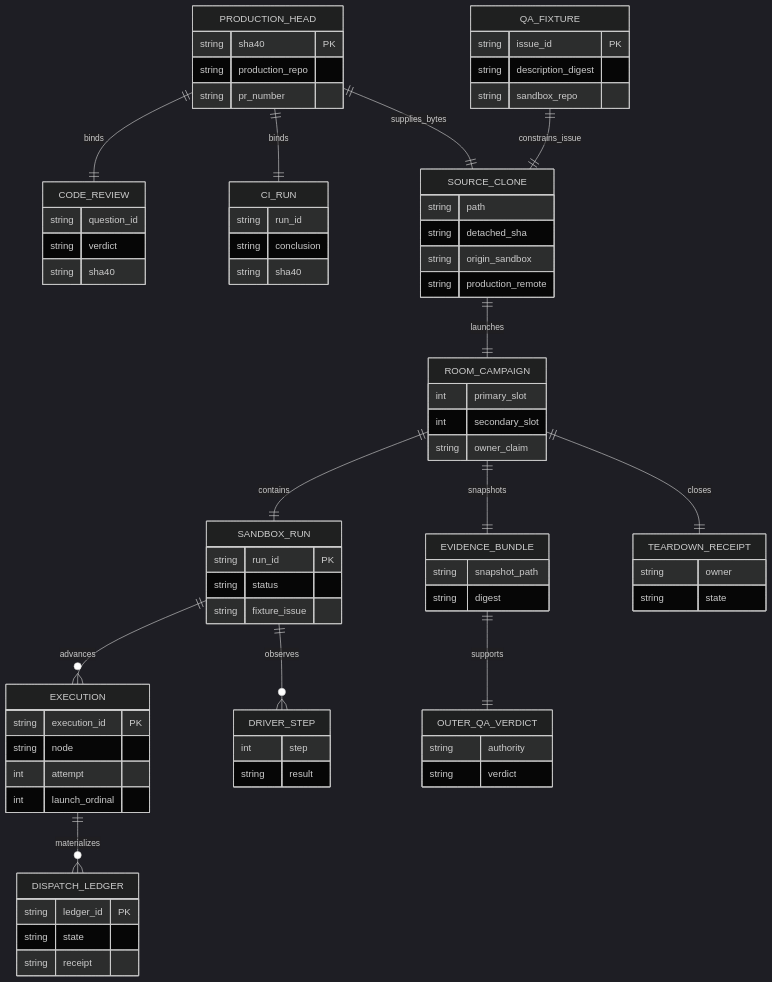
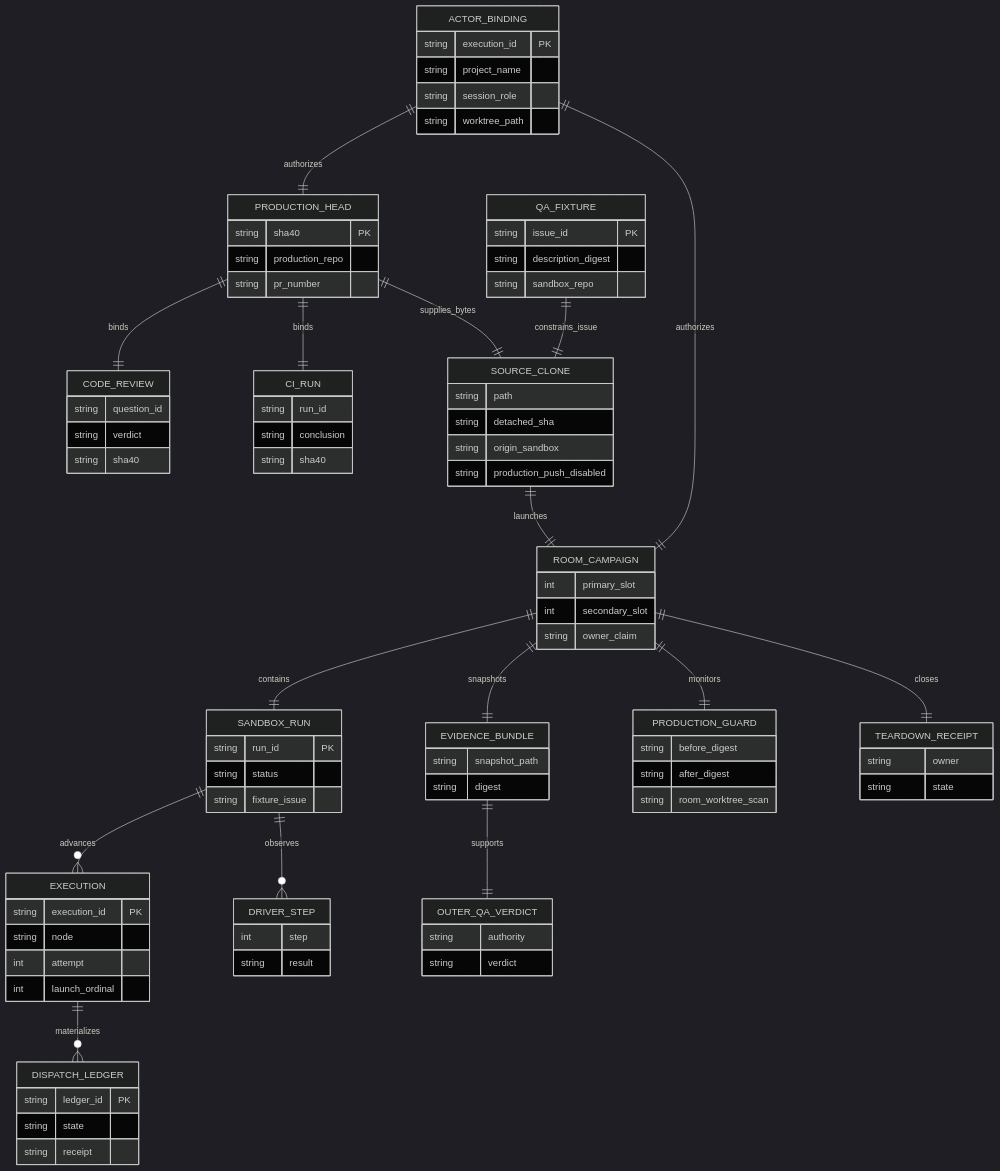
Before and after one commit to xrliAnnie/flywheel-qa-sandbox: the diagram in engineering/doc/FLY-2922-unified-node-recovery/qa4-model.mmd, drawn with Mermaid (dark theme). The commit also changed 9 other files, not shown here.

```diff
--- a/engineering/doc/FLY-2922-unified-node-recovery/qa4-model.mmd
+++ b/engineering/doc/FLY-2922-unified-node-recovery/qa4-model.mmd
@@ -1,77 +1,91 @@
 erDiagram
+  ACTOR_BINDING ||--|| PRODUCTION_HEAD : authorizes
+  ACTOR_BINDING ||--|| ROOM_CAMPAIGN : authorizes
   PRODUCTION_HEAD ||--|| CODE_REVIEW : binds
   PRODUCTION_HEAD ||--|| CI_RUN : binds
   PRODUCTION_HEAD ||--|| SOURCE_CLONE : supplies_bytes
   QA_FIXTURE ||--|| SOURCE_CLONE : constrains_issue
   SOURCE_CLONE ||--|| ROOM_CAMPAIGN : launches
   ROOM_CAMPAIGN ||--|| SANDBOX_RUN : contains
   SANDBOX_RUN ||--o{ EXECUTION : advances
   EXECUTION ||--o{ DISPATCH_LEDGER : materializes
   SANDBOX_RUN ||--o{ DRIVER_STEP : observes
   ROOM_CAMPAIGN ||--|| EVIDENCE_BUNDLE : snapshots
+  ROOM_CAMPAIGN ||--|| PRODUCTION_GUARD : monitors
   EVIDENCE_BUNDLE ||--|| OUTER_QA_VERDICT : supports
   ROOM_CAMPAIGN ||--|| TEARDOWN_RECEIPT : closes
 
+  ACTOR_BINDING {
+    string execution_id PK
+    string project_name
+    string session_role
+    string worktree_path
+  }
   PRODUCTION_HEAD {
     string sha40 PK
     string production_repo
     string pr_number
   }
   CODE_REVIEW {
     string question_id
     string verdict
     string sha40
   }
   CI_RUN {
     string run_id
     string conclusion
     string sha40
   }
   QA_FIXTURE {
     string issue_id PK
     string description_digest
     string sandbox_repo
   }
   SOURCE_CLONE {
     string path
     string detached_sha
     string origin_sandbox
-    string production_remote
+    string production_push_disabled
   }
   ROOM_CAMPAIGN {
     int primary_slot
     int secondary_slot
     string owner_claim
   }
   SANDBOX_RUN {
     string run_id PK
     string status
     string fixture_issue
   }
   EXECUTION {
     string execution_id PK
     string node
     int attempt
     int launch_ordinal
   }
   DISPATCH_LEDGER {
     string ledger_id PK
     string state
     string receipt
   }
   DRIVER_STEP {
     int step
     string result
   }
   EVIDENCE_BUNDLE {
     string snapshot_path
     string digest
   }
+  PRODUCTION_GUARD {
+    string before_digest
+    string after_digest
+    string room_worktree_scan
+  }
   OUTER_QA_VERDICT {
     string authority
     string verdict
   }
   TEARDOWN_RECEIPT {
     string owner
     string state
   }
```
